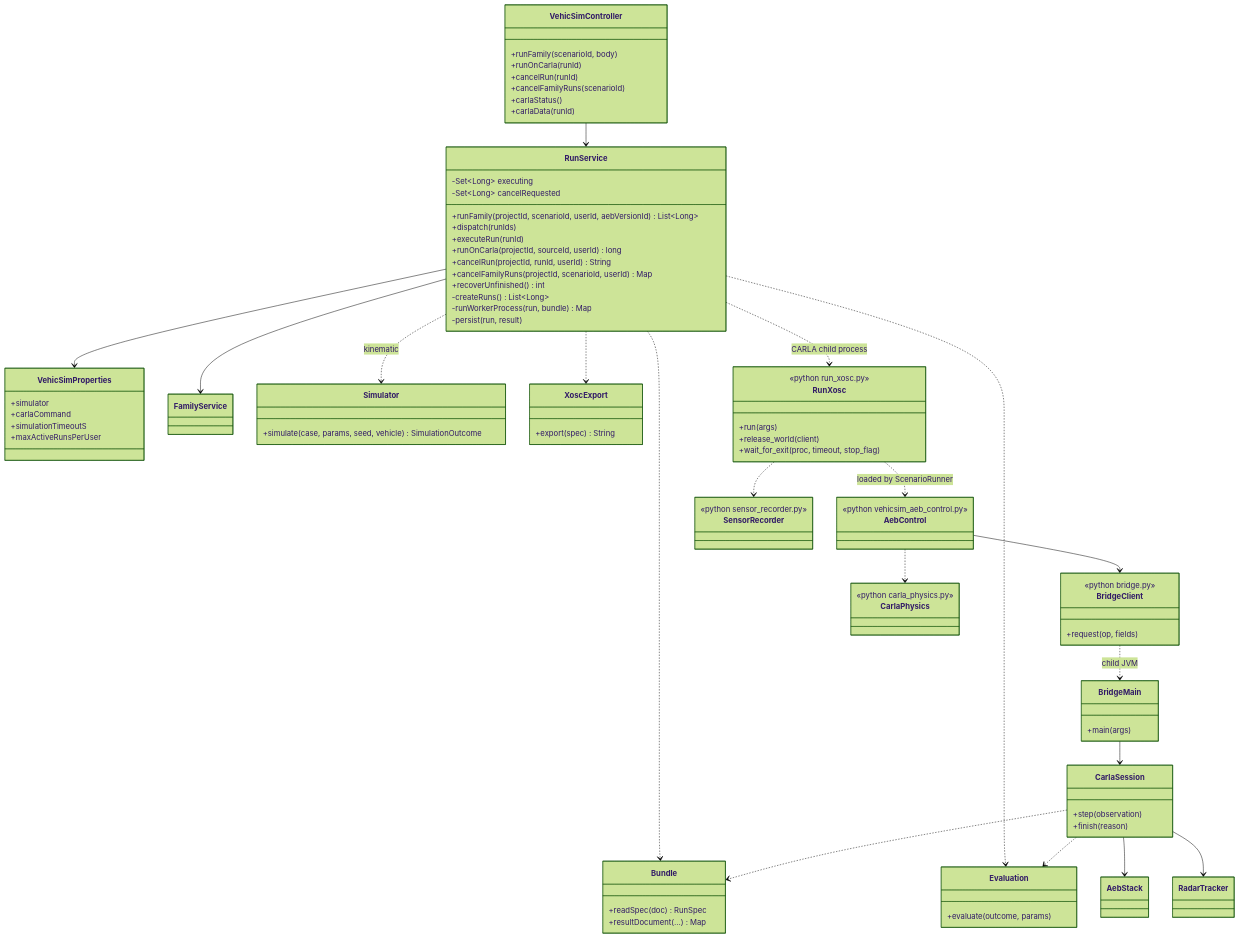
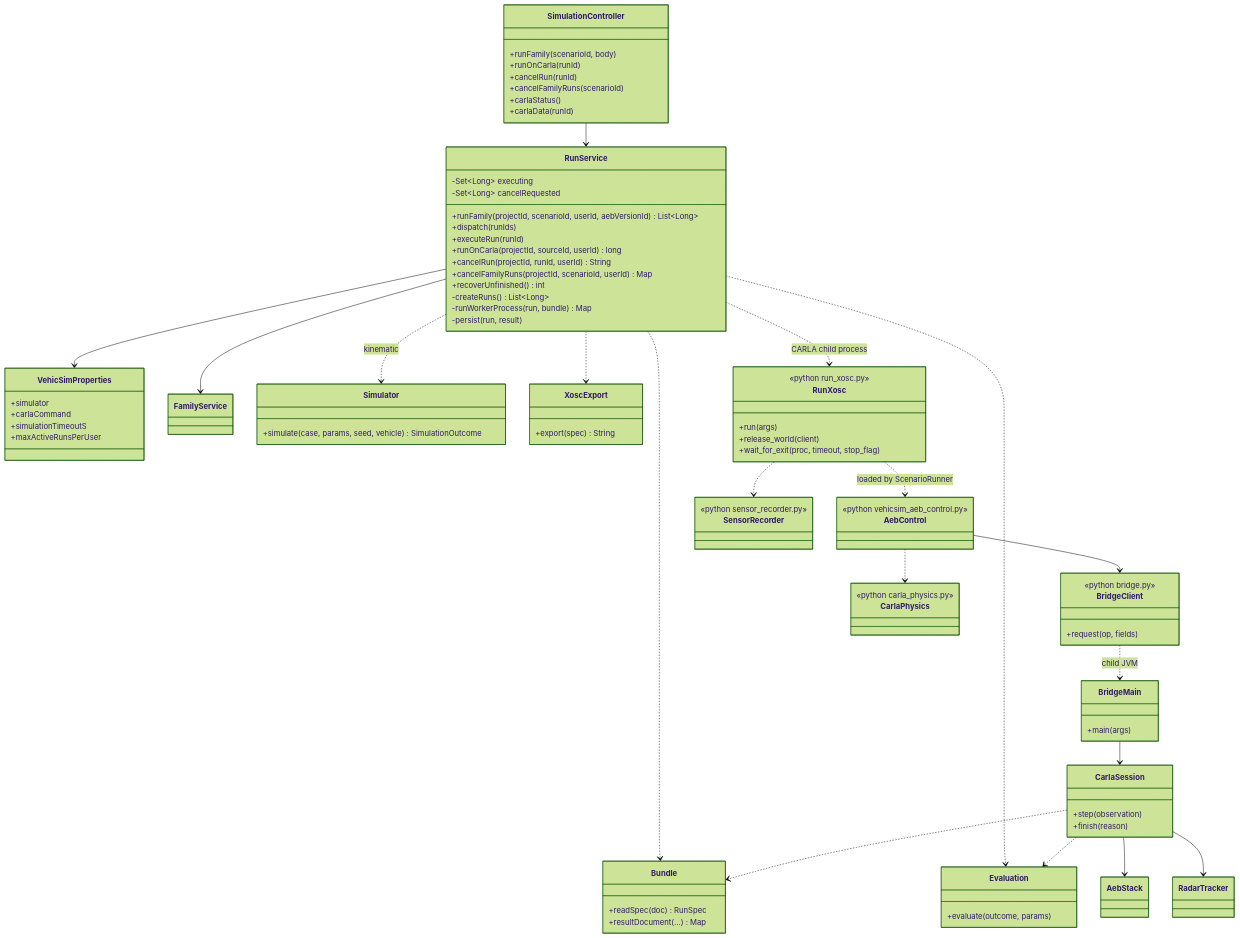
One commit to Menakanchi/SEP490-FA26-G15 changed the third of 7 diagrams in docs/vehicsim/report7-baseline-screen-en.md. Above: the diagram before and after it, drawn with Mermaid (forest theme). The commit also changed other lines of this file and 502 other files, not shown here.

````diff
--- a/docs/vehicsim/report7-baseline-screen-en.md
+++ b/docs/vehicsim/report7-baseline-screen-en.md
@@ -178,6 +178,6 @@
 ```mermaid
 classDiagram
-  class VehicSimController {
+  class SimulationController {
     +runFamily(scenarioId, body)
     +runOnCarla(runId)
     +cancelRun(runId)
@@ -247,7 +247,7 @@
   class CarlaPhysics {
     <<python carla_physics.py>>
   }
-  VehicSimController --> RunService
+  SimulationController --> RunService
   RunService --> VehicSimProperties
   RunService --> FamilyService
   RunService ..> Bundle
````
